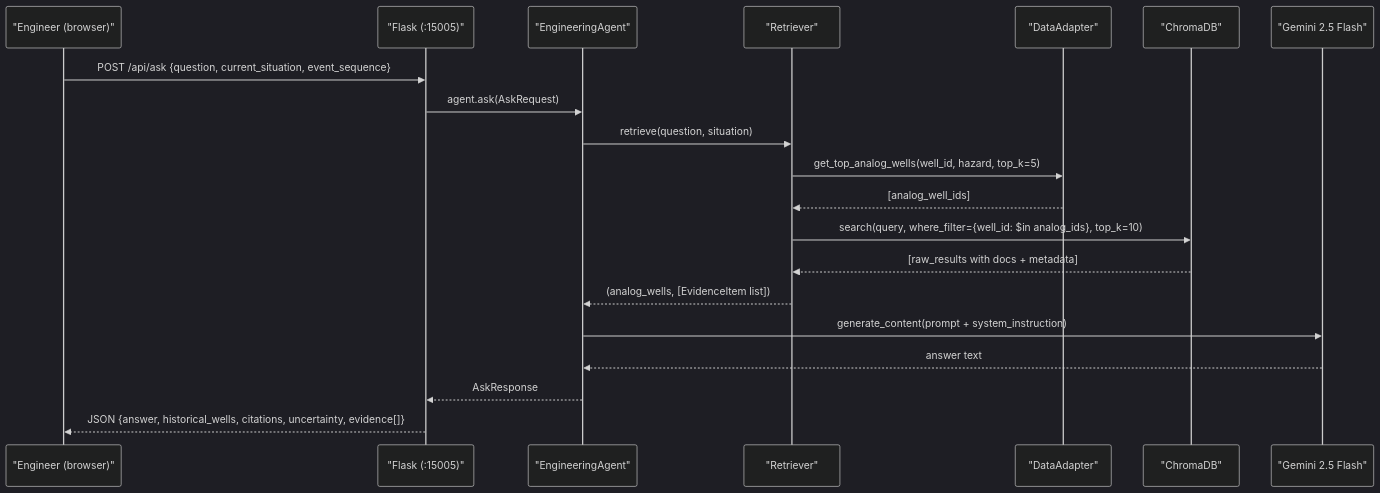
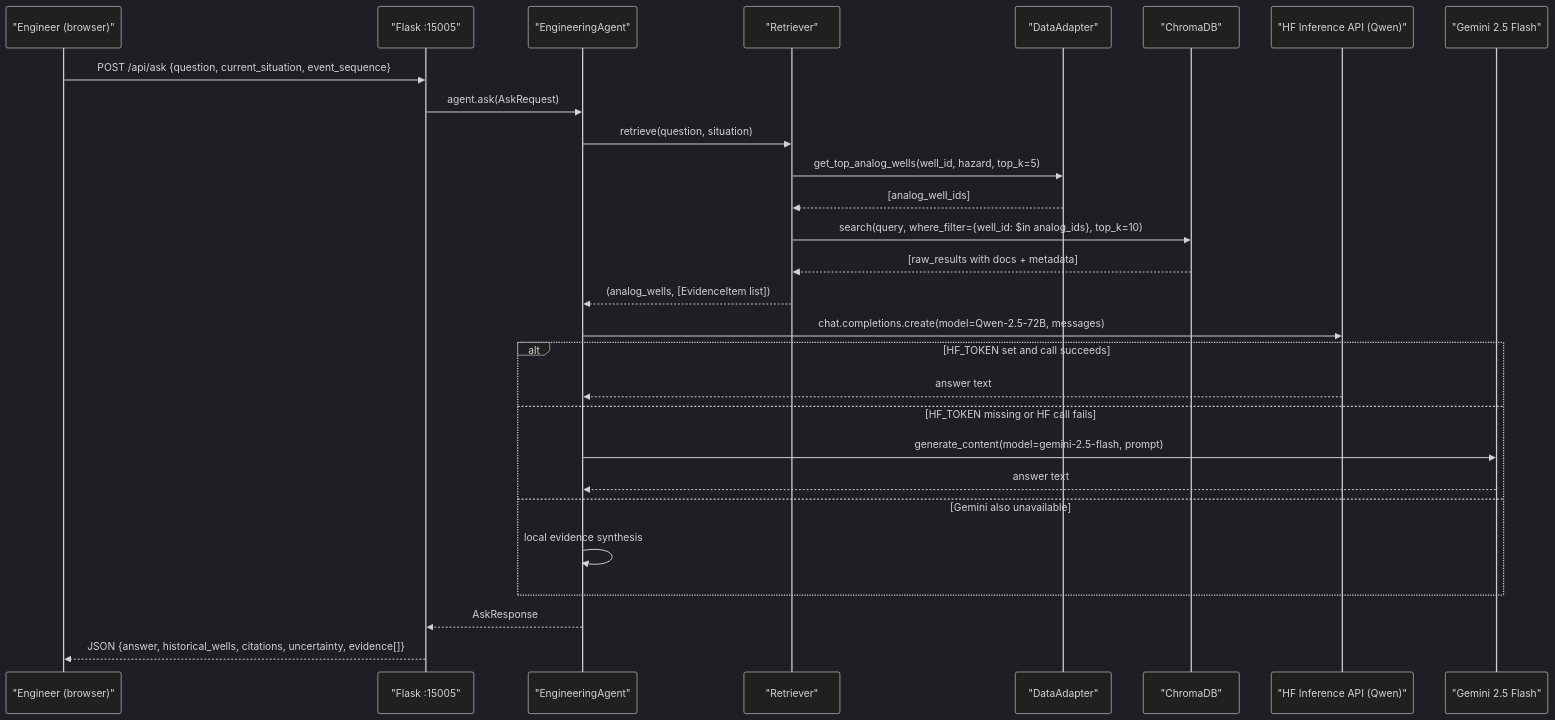
Diagram 14 of 16 in ARCHITECTURE.md (n3ssdub3y/SIH_2026_PLANNS), drawn with Mermaid (dark theme) before and after one commit. The commit also changed other lines of this file and 3 other files, not shown here.

Commit message:
update architecture, a unified project research doc and an antigravity arch update rule

````diff
--- a/ARCHITECTURE.md
+++ b/ARCHITECTURE.md
@@ -778,23 +850,31 @@
 ```mermaid
 sequenceDiagram
     participant ENG as "Engineer (browser)"
-    participant APP as "Flask (:15005)"
+    participant APP as "Flask :15005"
     participant AGT as "EngineeringAgent"
     participant RET as "Retriever"
     participant DA as "DataAdapter"
     participant VS as "ChromaDB"
+    participant HF as "HF Inference API (Qwen)"
     participant GEM as "Gemini 2.5 Flash"
 
     ENG->>APP: POST /api/ask {question, current_situation, event_sequence}
     APP->>AGT: agent.ask(AskRequest)
     AGT->>RET: retrieve(question, situation)
     RET->>DA: get_top_analog_wells(well_id, hazard, top_k=5)
     DA-->>RET: [analog_well_ids]
     RET->>VS: search(query, where_filter={well_id: $in analog_ids}, top_k=10)
     VS-->>RET: [raw_results with docs + metadata]
     RET-->>AGT: (analog_wells, [EvidenceItem list])
-    AGT->>GEM: generate_content(prompt + system_instruction)
-    GEM-->>AGT: answer text
+    AGT->>HF: chat.completions.create(model=Qwen-2.5-72B, messages)
+    alt HF_TOKEN set and call succeeds
+        HF-->>AGT: answer text
+    else HF_TOKEN missing or HF call fails
+        AGT->>GEM: generate_content(model=gemini-2.5-flash, prompt)
+        GEM-->>AGT: answer text
+    else Gemini also unavailable
+        AGT->>AGT: local evidence synthesis
+    end
     AGT-->>APP: AskResponse
     APP-->>ENG: JSON {answer, historical_wells, citations, uncertainty, evidence[]}
 ```
````
